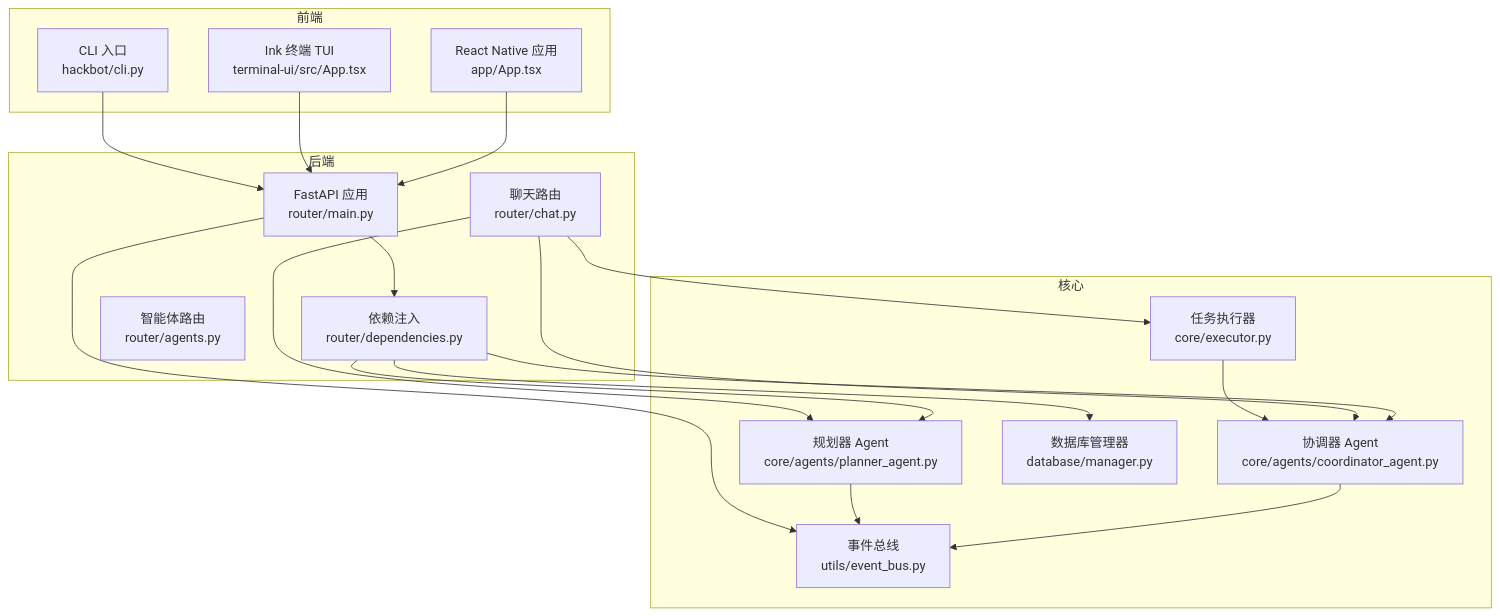
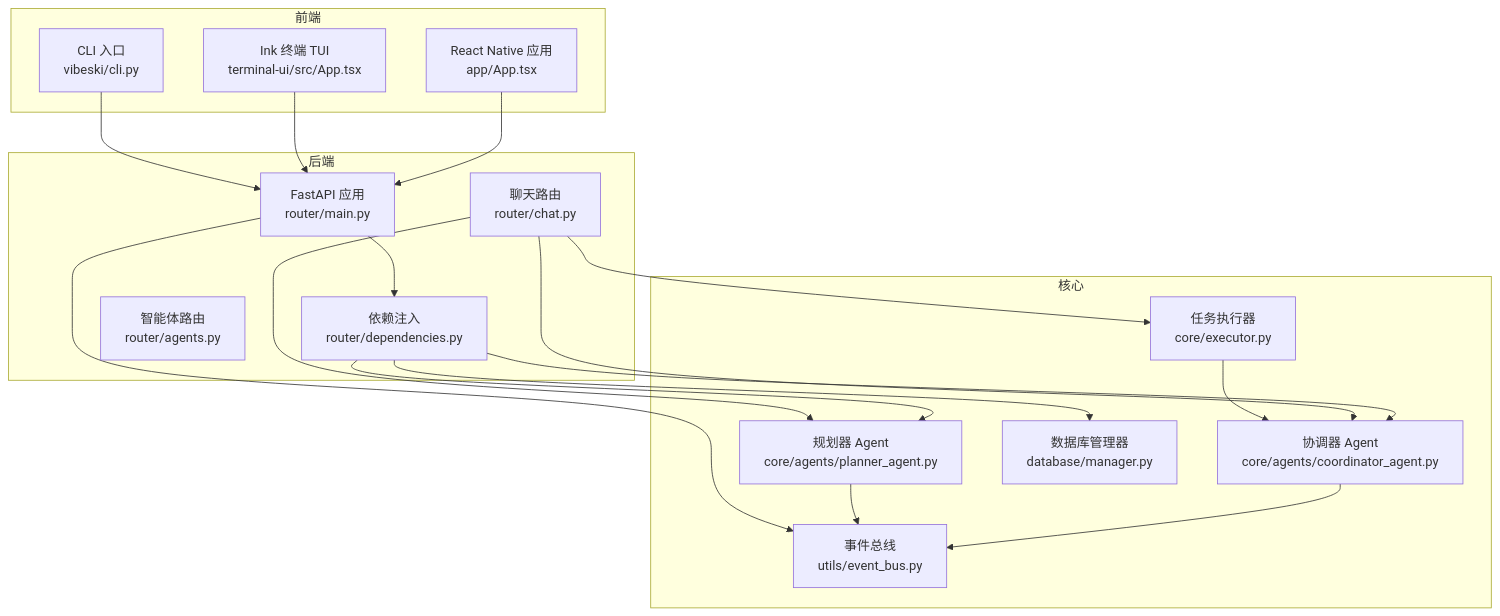
The first of 8 diagrams in .qoder/repowiki/zh/content/架构设计/整体架构概览.md (crabin/VIBESKI), drawn with Mermaid before and after one commit. The commit also changed other lines of this file and 170 other files, not shown here.

Commit message:
chore: rename all secbot/hackbot identifiers to vibeski

````diff
--- a/.qoder/repowiki/zh/content/架构设计/整体架构概览.md
+++ b/.qoder/repowiki/zh/content/架构设计/整体架构概览.md
@@ -46,35 +46,35 @@
 ```mermaid
 graph TB
 subgraph "前端"
 RN["React Native 应用<br/>app/App.tsx"]
 TUI["Ink 终端 TUI<br/>terminal-ui/src/App.tsx"]
-CLI["CLI 入口<br/>hackbot/cli.py"]
+CLI["CLI 入口<br/>vibeski/cli.py"]
 end
 subgraph "后端"
 API["FastAPI 应用<br/>router/main.py"]
 DEPS["依赖注入<br/>router/dependencies.py"]
 CHAT["聊天路由<br/>router/chat.py"]
 AGENTS["智能体路由<br/>router/agents.py"]
 end
 subgraph "核心"
 COORD["协调器 Agent<br/>core/agents/coordinator_agent.py"]
 PLANNER["规划器 Agent<br/>core/agents/planner_agent.py"]
 EXEC["任务执行器<br/>core/executor.py"]
 EVT["事件总线<br/>utils/event_bus.py"]
 DB["数据库管理器<br/>database/manager.py"]
 end
 RN --> API
 TUI --> API
 CLI --> API
 API --> DEPS
 DEPS --> COORD
 DEPS --> PLANNER
 DEPS --> DB
 CHAT --> COORD
 CHAT --> PLANNER
 CHAT --> EXEC
 EXEC --> COORD
 COORD --> EVT
 PLANNER --> EVT
 API --> EVT
 ```
````
